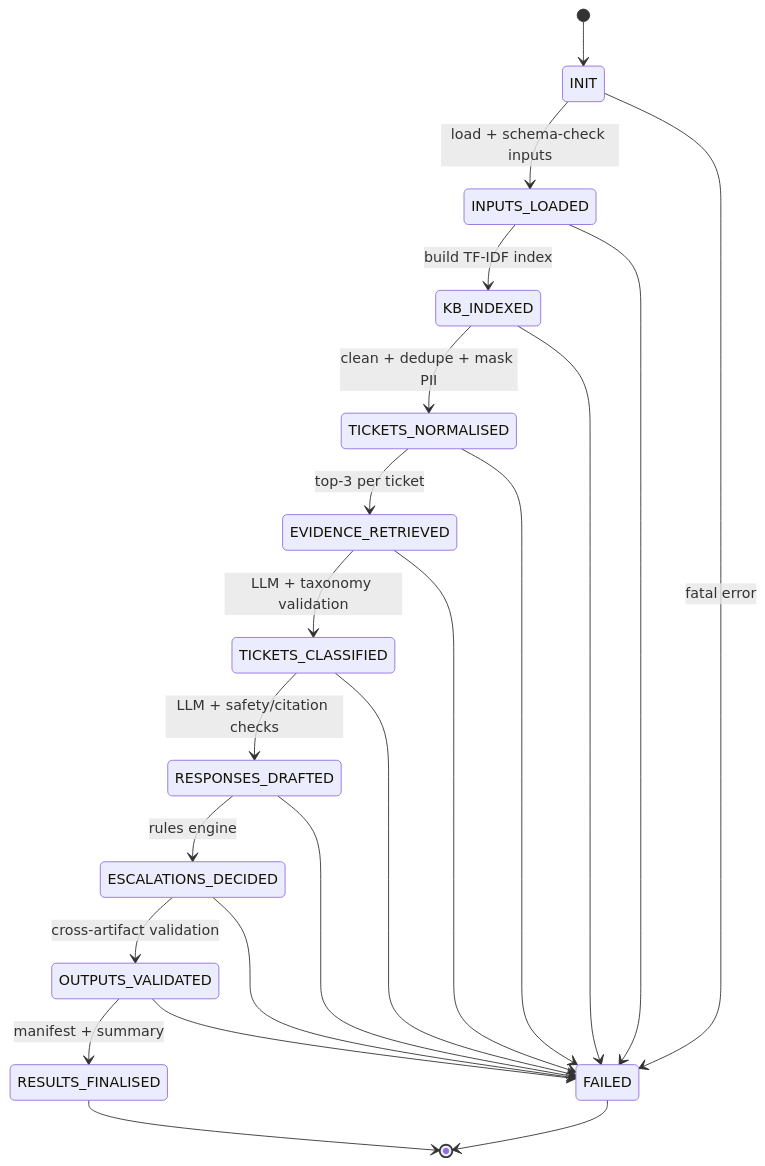
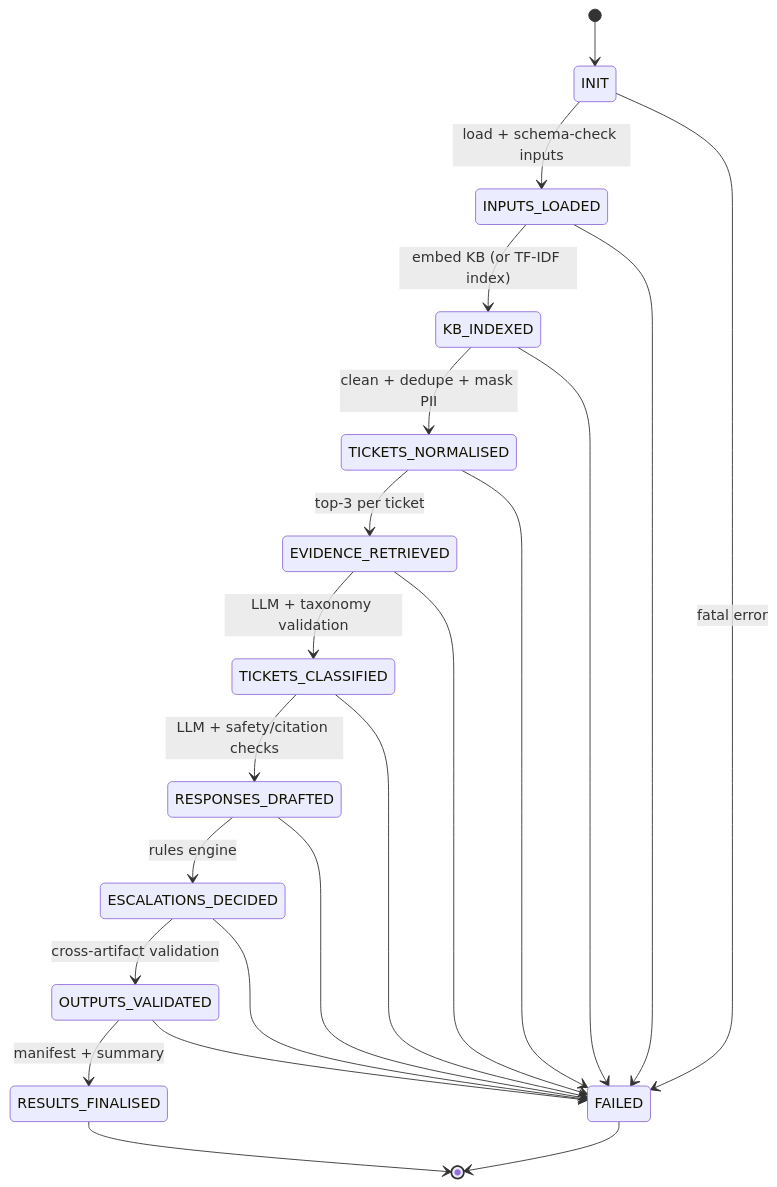
Before and after one commit to nadeemcite/support-ticket-pipeline: the third of 13 diagrams in DESIGN.md, drawn with Mermaid. The commit also changed other lines of this file and 31 other files, not shown here.

````diff
--- a/DESIGN.md
+++ b/DESIGN.md
@@ -146,25 +147,25 @@
 ```mermaid
 stateDiagram-v2
     [*] --> INIT
     INIT --> INPUTS_LOADED: load + schema-check inputs
-    INPUTS_LOADED --> KB_INDEXED: build TF-IDF index
+    INPUTS_LOADED --> KB_INDEXED: embed KB (or TF-IDF index)
     KB_INDEXED --> TICKETS_NORMALISED: clean + dedupe + mask PII
     TICKETS_NORMALISED --> EVIDENCE_RETRIEVED: top-3 per ticket
     EVIDENCE_RETRIEVED --> TICKETS_CLASSIFIED: LLM + taxonomy validation
     TICKETS_CLASSIFIED --> RESPONSES_DRAFTED: LLM + safety/citation checks
     RESPONSES_DRAFTED --> ESCALATIONS_DECIDED: rules engine
     ESCALATIONS_DECIDED --> OUTPUTS_VALIDATED: cross-artifact validation
     OUTPUTS_VALIDATED --> RESULTS_FINALISED: manifest + summary
     RESULTS_FINALISED --> [*]
 
     INIT --> FAILED: fatal error
     INPUTS_LOADED --> FAILED
     KB_INDEXED --> FAILED
     TICKETS_NORMALISED --> FAILED
     EVIDENCE_RETRIEVED --> FAILED
     TICKETS_CLASSIFIED --> FAILED
     RESPONSES_DRAFTED --> FAILED
     ESCALATIONS_DECIDED --> FAILED
     OUTPUTS_VALIDATED --> FAILED
     FAILED --> [*]
 ```
````
